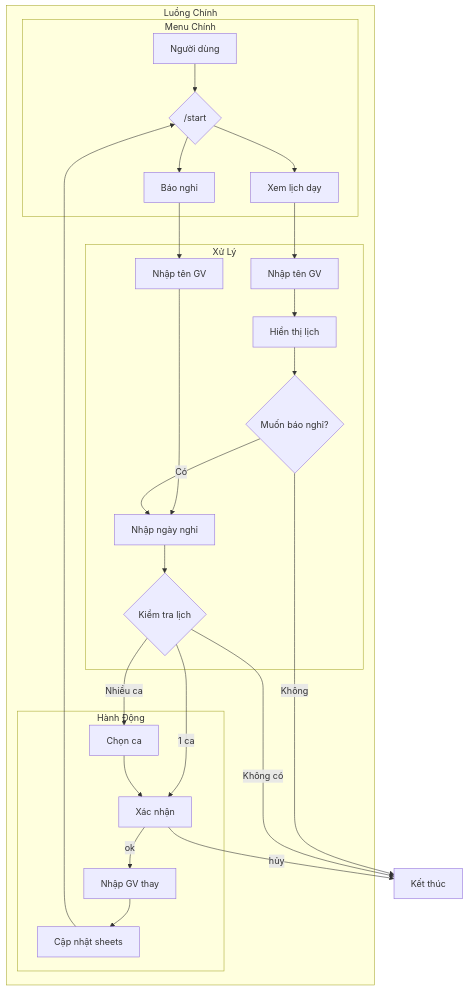
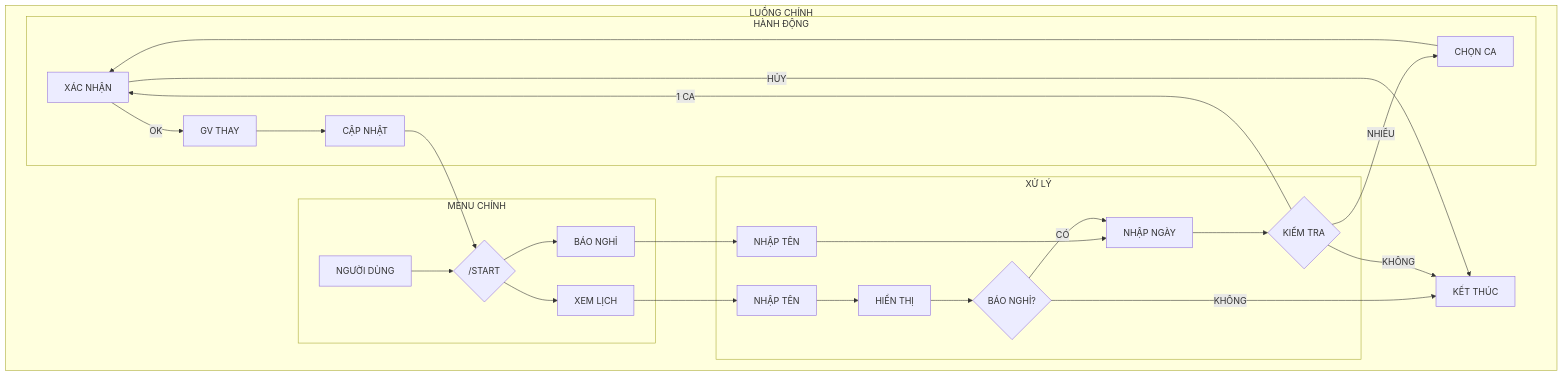
One commit to let-shyn-cook/TeacherBot-Assistant changed the diagram in readme.md. Above: the diagram before and after it, drawn with Mermaid.

````diff
--- a/readme.md
+++ b/readme.md
@@ -117,26 +117,27 @@
 ```mermaid
 flowchart TB
-    subgraph Left["Luồng Chính"]
-        subgraph Menu["Menu Chính"]
-            A[Người dùng] --> B{/start}
-            B --> C[Xem lịch dạy]
-            B --> D[Báo nghỉ]
+    subgraph Left["LUỒNG CHÍNH"]
+        subgraph Menu["MENU CHÍNH"]
+            A[NGƯỜI DÙNG] --> B{/START}
+            B --> C[XEM LỊCH]
+            B --> D[BÁO NGHỈ]
         end
 
-        subgraph Process["Xử Lý"]
-            C --> C1[Nhập tên GV] --> C2[Hiển thị lịch] --> C3{Muốn báo nghỉ?}
-            D --> E[Nhập tên GV] --> F[Nhập ngày nghỉ] --> G{Kiểm tra lịch}
+        subgraph Process["XỬ LÝ"]
+            C --> C1[NHẬP TÊN] --> C2[HIỂN THỊ] --> C3{BÁO NGHỈ?}
+            D --> E[NHẬP TÊN] --> F[NHẬP NGÀY] --> G{KIỂM TRA}
         end
 
-        subgraph Actions["Hành Động"]
-            G --> |1 ca| H[Xác nhận]
-            G --> |Nhiều ca| I[Chọn ca] --> H
-            H --> |ok| J[Nhập GV thay] --> K[Cập nhật sheets] --> B
+        subgraph Actions["HÀNH ĐỘNG"]
+            G --> |1 CA| H[XÁC NHẬN]
+            G --> |NHIỀU| I[CHỌN CA] --> H
+            H --> |OK| J[GV THAY] --> K[CẬP NHẬT] --> B
         end
+
+        Z[KẾT THÚC]
+        C3 --> |CÓ| F
+        C3 --> |KHÔNG| Z
+        G --> |KHÔNG| Z
+        H --> |HỦY| Z
     end
-
-    C3 --> |Có| F
-    C3 --> |Không| Z[Kết thúc]
-    G --> |Không có| Z
-    H --> |hủy| Z
 ```
````
